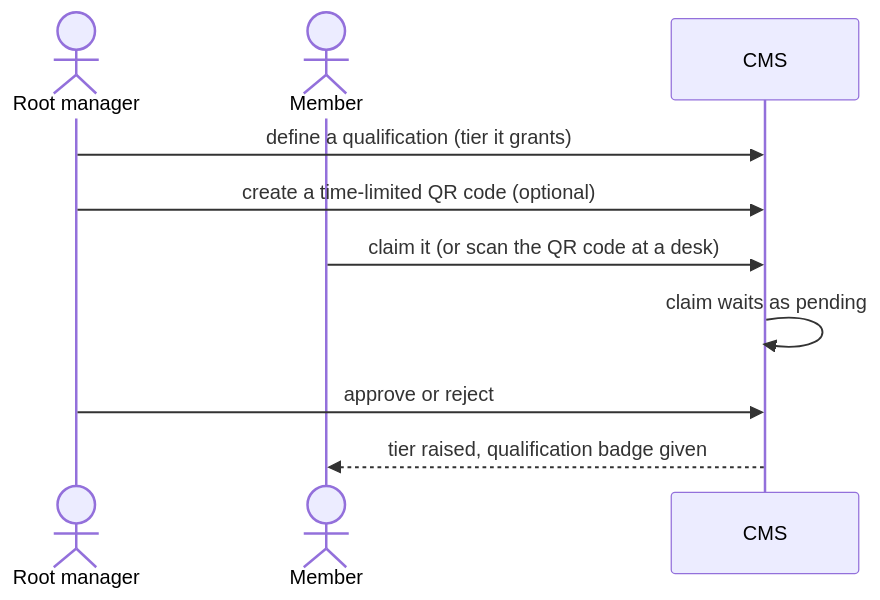
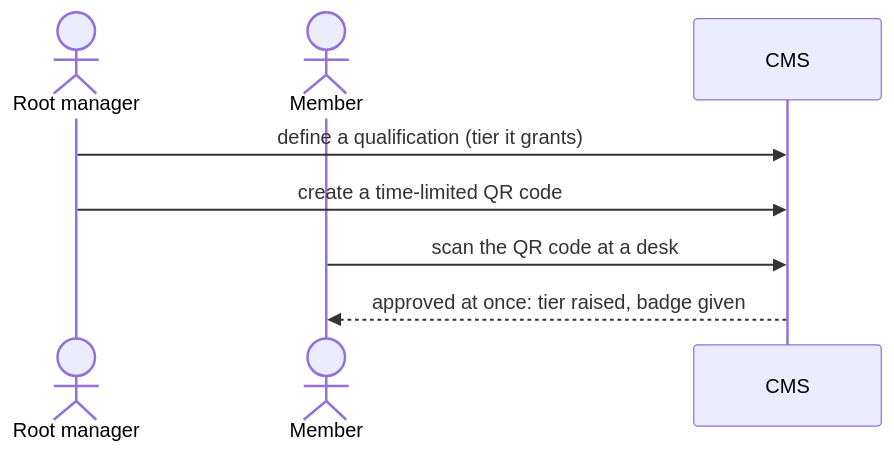
The diagram in src/modules/qualifications/features/qualifications.md (Konkrad/cms), drawn with Mermaid before and after one commit. The commit also changed other lines of this file and 54 other files, not shown here.

First line of the commit message:
One review flow for content, jobs, election applications and qualification claims (#128)

````diff
--- a/src/modules/qualifications/features/qualifications.md
+++ b/src/modules/qualifications/features/qualifications.md
@@ -14,12 +15,10 @@
 ```mermaid
 sequenceDiagram
     actor Admin as Root manager
     actor Member
     participant CMS
     Admin->>CMS: define a qualification (tier it grants)
-    Admin->>CMS: create a time-limited QR code (optional)
-    Member->>CMS: claim it (or scan the QR code at a desk)
-    CMS->>CMS: claim waits as pending
-    Admin->>CMS: approve or reject
-    CMS-->>Member: tier raised, qualification badge given
+    Admin->>CMS: create a time-limited QR code
+    Member->>CMS: scan the QR code at a desk
+    CMS-->>Member: approved at once: tier raised, badge given
 ```
````
